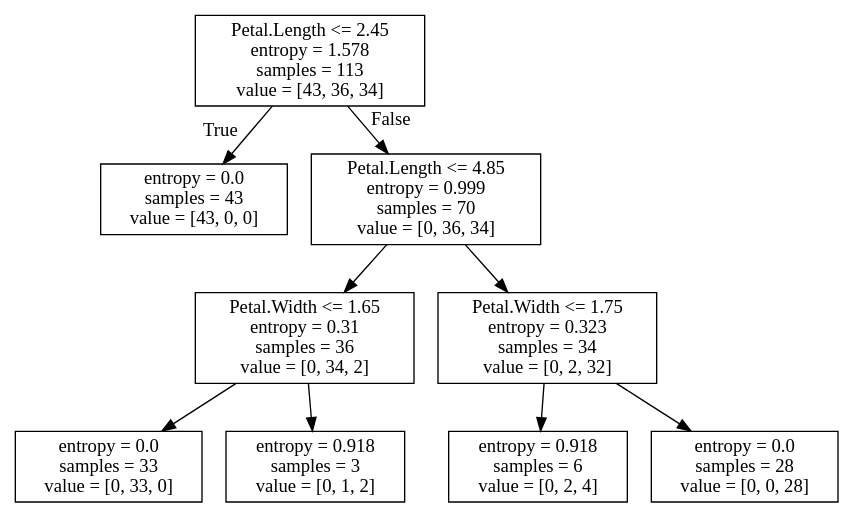
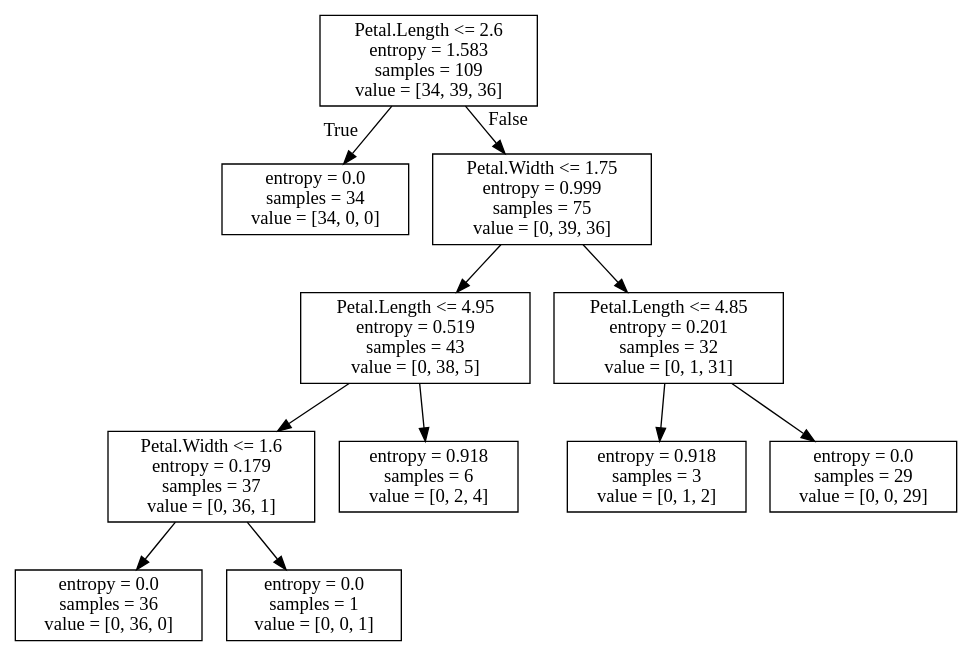
Before and after one commit to INFINITY-RUBER/Curso_Machine_Learning_Data_Science_Python: the diagram in notebooks/resources/iris_dtree.dot, drawn with Graphviz. The commit also changed 7 other files, not shown here.

```diff
--- a/notebooks/resources/iris_dtree.dot
+++ b/notebooks/resources/iris_dtree.dot
@@ -1,20 +1,24 @@
 digraph Tree {
 node [shape=box] ;
-0 [label="Petal.Length <= 2.45\nentropy = 1.578\nsamples = 113\nvalue = [43, 36, 34]"] ;
-1 [label="entropy = 0.0\nsamples = 43\nvalue = [43, 0, 0]"] ;
+0 [label="Petal.Length <= 2.6\nentropy = 1.583\nsamples = 109\nvalue = [34, 39, 36]"] ;
+1 [label="entropy = 0.0\nsamples = 34\nvalue = [34, 0, 0]"] ;
 0 -> 1 [labeldistance=2.5, labelangle=45, headlabel="True"] ;
-2 [label="Petal.Length <= 4.85\nentropy = 0.999\nsamples = 70\nvalue = [0, 36, 34]"] ;
+2 [label="Petal.Width <= 1.75\nentropy = 0.999\nsamples = 75\nvalue = [0, 39, 36]"] ;
 0 -> 2 [labeldistance=2.5, labelangle=-45, headlabel="False"] ;
-3 [label="Petal.Width <= 1.65\nentropy = 0.31\nsamples = 36\nvalue = [0, 34, 2]"] ;
+3 [label="Petal.Length <= 4.95\nentropy = 0.519\nsamples = 43\nvalue = [0, 38, 5]"] ;
 2 -> 3 ;
-4 [label="entropy = 0.0\nsamples = 33\nvalue = [0, 33, 0]"] ;
+4 [label="Petal.Width <= 1.6\nentropy = 0.179\nsamples = 37\nvalue = [0, 36, 1]"] ;
 3 -> 4 ;
-5 [label="entropy = 0.918\nsamples = 3\nvalue = [0, 1, 2]"] ;
-3 -> 5 ;
-6 [label="Petal.Width <= 1.75\nentropy = 0.323\nsamples = 34\nvalue = [0, 2, 32]"] ;
-2 -> 6 ;
+5 [label="entropy = 0.0\nsamples = 36\nvalue = [0, 36, 0]"] ;
+4 -> 5 ;
+6 [label="entropy = 0.0\nsamples = 1\nvalue = [0, 0, 1]"] ;
+4 -> 6 ;
 7 [label="entropy = 0.918\nsamples = 6\nvalue = [0, 2, 4]"] ;
-6 -> 7 ;
-8 [label="entropy = 0.0\nsamples = 28\nvalue = [0, 0, 28]"] ;
-6 -> 8 ;
+3 -> 7 ;
+8 [label="Petal.Length <= 4.85\nentropy = 0.201\nsamples = 32\nvalue = [0, 1, 31]"] ;
+2 -> 8 ;
+9 [label="entropy = 0.918\nsamples = 3\nvalue = [0, 1, 2]"] ;
+8 -> 9 ;
+10 [label="entropy = 0.0\nsamples = 29\nvalue = [0, 0, 29]"] ;
+8 -> 10 ;
 }
```
